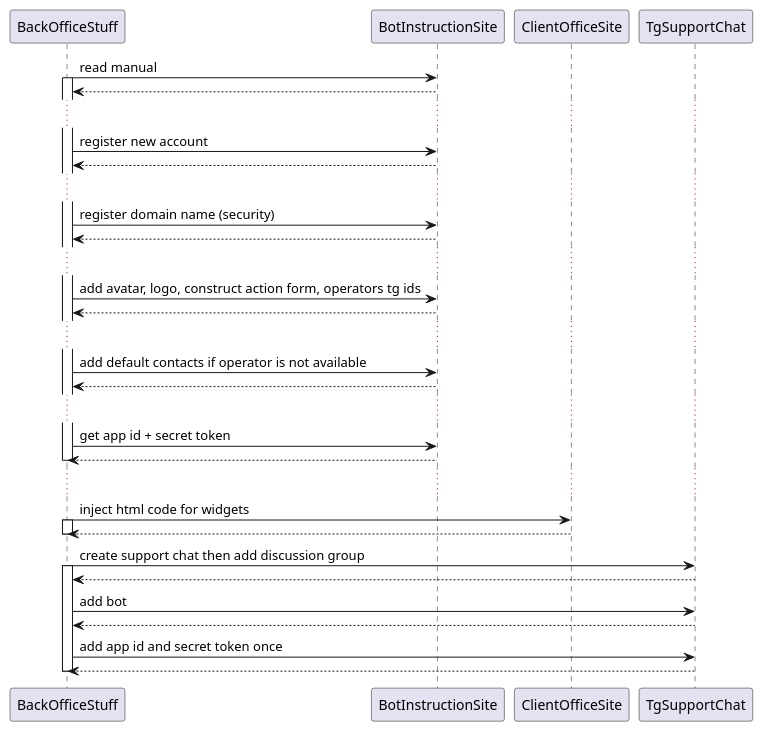
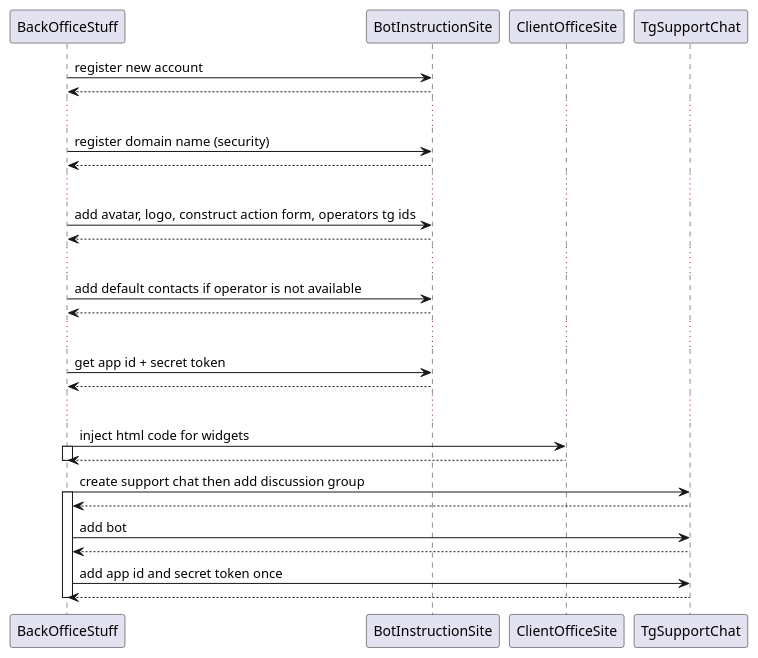
The diagram in docs/sequence/1-chat-init.puml (madbonez/tg-site-support-bot), drawn with PlantUML before and after one commit. The commit also changed 10 other files, not shown here.

```diff
--- a/docs/sequence/1-chat-init.puml
+++ b/docs/sequence/1-chat-init.puml
@@ -1,51 +1,46 @@
 @startuml
 
-
-BackOfficeStuff -> BotInstructionSite: read manual
-activate BackOfficeStuff
-BotInstructionSite --> BackOfficeStuff
-...
 
 BackOfficeStuff -> BotInstructionSite: register new account
 BotInstructionSite --> BackOfficeStuff
 
 ...
 
 BackOfficeStuff -> BotInstructionSite: register domain name (security)
 BotInstructionSite --> BackOfficeStuff
 
 ...
 
 BackOfficeStuff -> BotInstructionSite: add avatar, logo, construct action form, operators tg ids
 BotInstructionSite --> BackOfficeStuff
 
 ...
 
 BackOfficeStuff -> BotInstructionSite: add default contacts if operator is not available
 BotInstructionSite --> BackOfficeStuff
 ...
 
 BackOfficeStuff -> BotInstructionSite: get app id + secret token
 BotInstructionSite --> BackOfficeStuff
 deactivate BackOfficeStuff
 
 ...
 
 BackOfficeStuff -> ClientOfficeSite: inject html code for widgets
 activate BackOfficeStuff
 ClientOfficeSite --> BackOfficeStuff
 deactivate BackOfficeStuff
 
 
 BackOfficeStuff -> TgSupportChat: create support chat then add discussion group
 activate BackOfficeStuff
 TgSupportChat --> BackOfficeStuff
 BackOfficeStuff -> TgSupportChat: add bot
 TgSupportChat --> BackOfficeStuff
 
 BackOfficeStuff -> TgSupportChat: add app id and secret token once
 TgSupportChat --> BackOfficeStuff
 deactivate BackOfficeStuff
 
 
 @enduml
```
